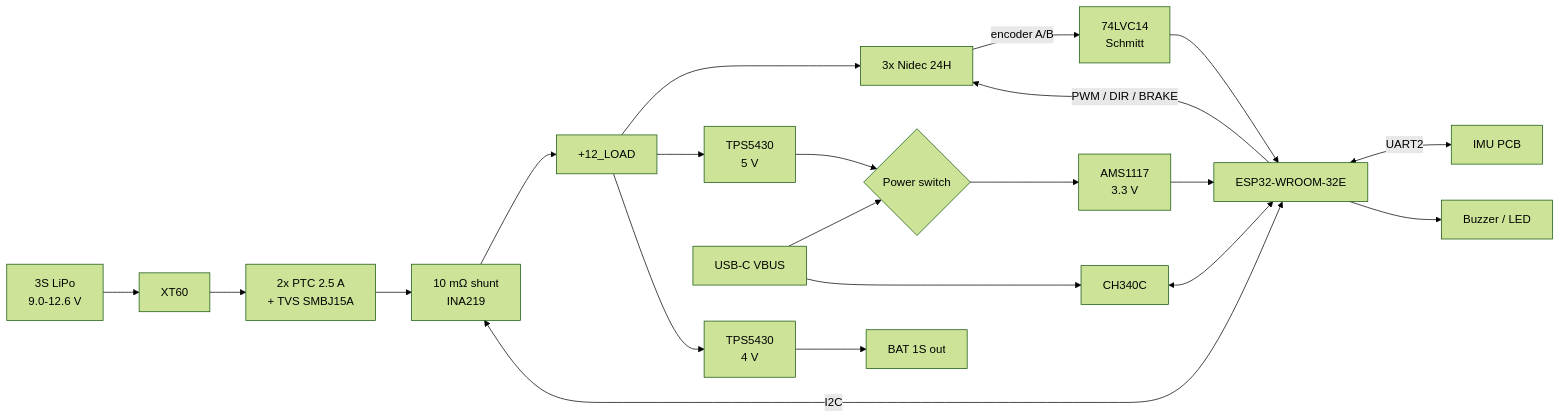
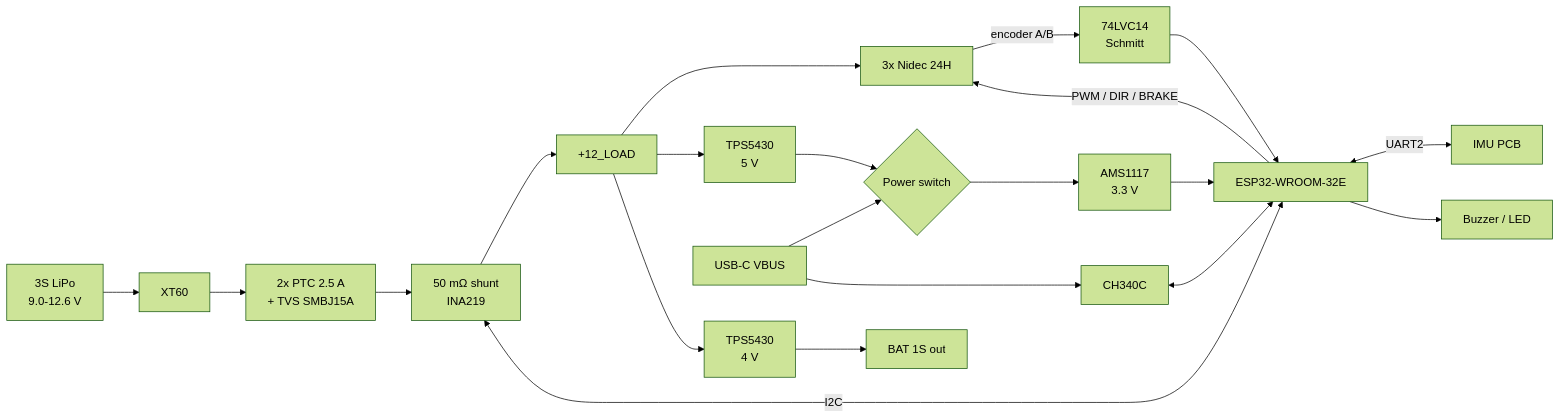
The diagram in README.md (Traiserdinger/Cubli-Version-2), drawn with Mermaid (forest theme) before and after one commit. The commit also changed other lines of this file and 1 other file, not shown here.

Commit message:
docs: README shunt value 50 mOhm; ignore generated sdkconfig
Claude-Session: https://claude.ai/code/session_01XEKJ4xSdt6ohMNAffENcQC

````diff
--- a/README.md
+++ b/README.md
@@ -39,18 +39,18 @@
 ```mermaid
 flowchart LR
     BAT[3S LiPo<br/>9.0-12.6 V] --> XT60 --> FUSE[2x PTC 2.5 A<br/>+ TVS SMBJ15A]
-    FUSE --> SHUNT[10 mΩ shunt<br/>INA219]
+    FUSE --> SHUNT[50 mΩ shunt<br/>INA219]
     SHUNT --> LOAD[+12_LOAD]
     LOAD --> M[3x Nidec 24H]
     LOAD --> B5[TPS5430<br/>5 V]
     LOAD --> B4[TPS5430<br/>4 V] --> J7[BAT 1S out]
     B5 --> SW{Power switch}
     USB[USB-C VBUS] --> SW
     SW --> LDO[AMS1117<br/>3.3 V] --> ESP[ESP32-WROOM-32E]
     USB --> CH340[CH340C] <--> ESP
     ESP -- PWM / DIR / BRAKE --> M
     M -- encoder A/B --> SCH[74LVC14<br/>Schmitt] --> ESP
     ESP <-- I2C --> SHUNT
     ESP <-- UART2 --> IMU[IMU PCB]
     ESP --> BZ[Buzzer / LED]
 ```
````
